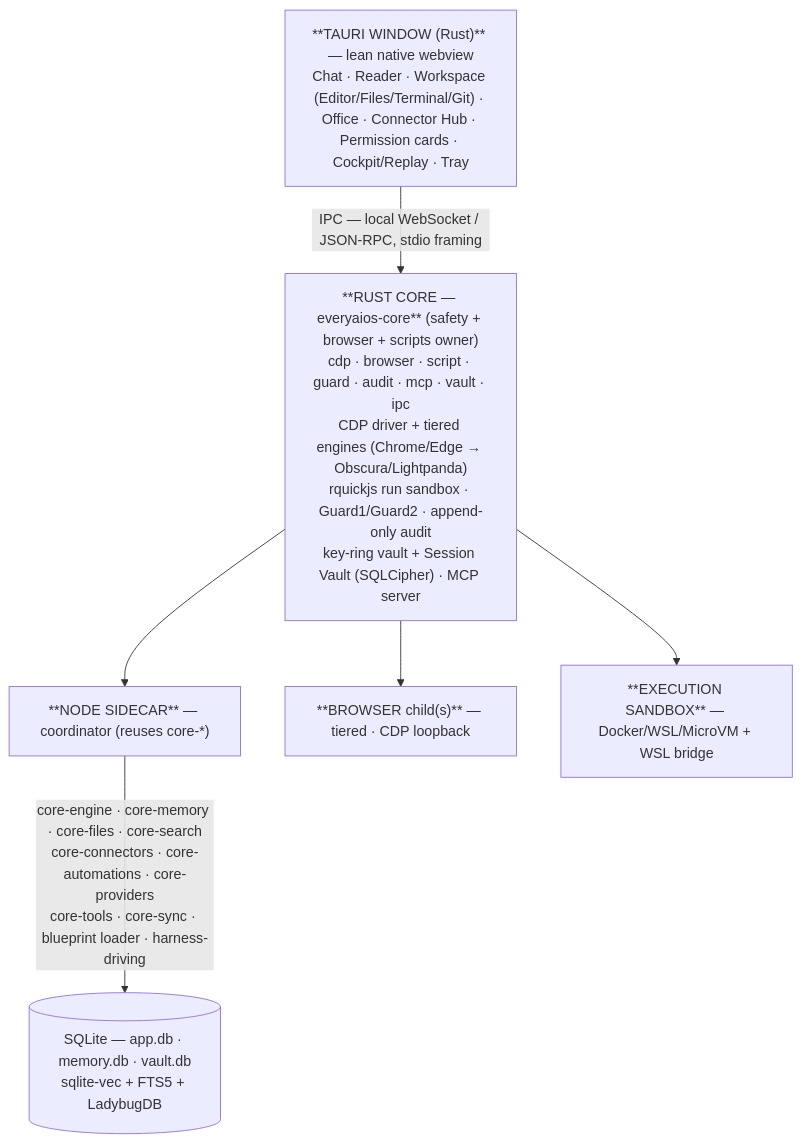
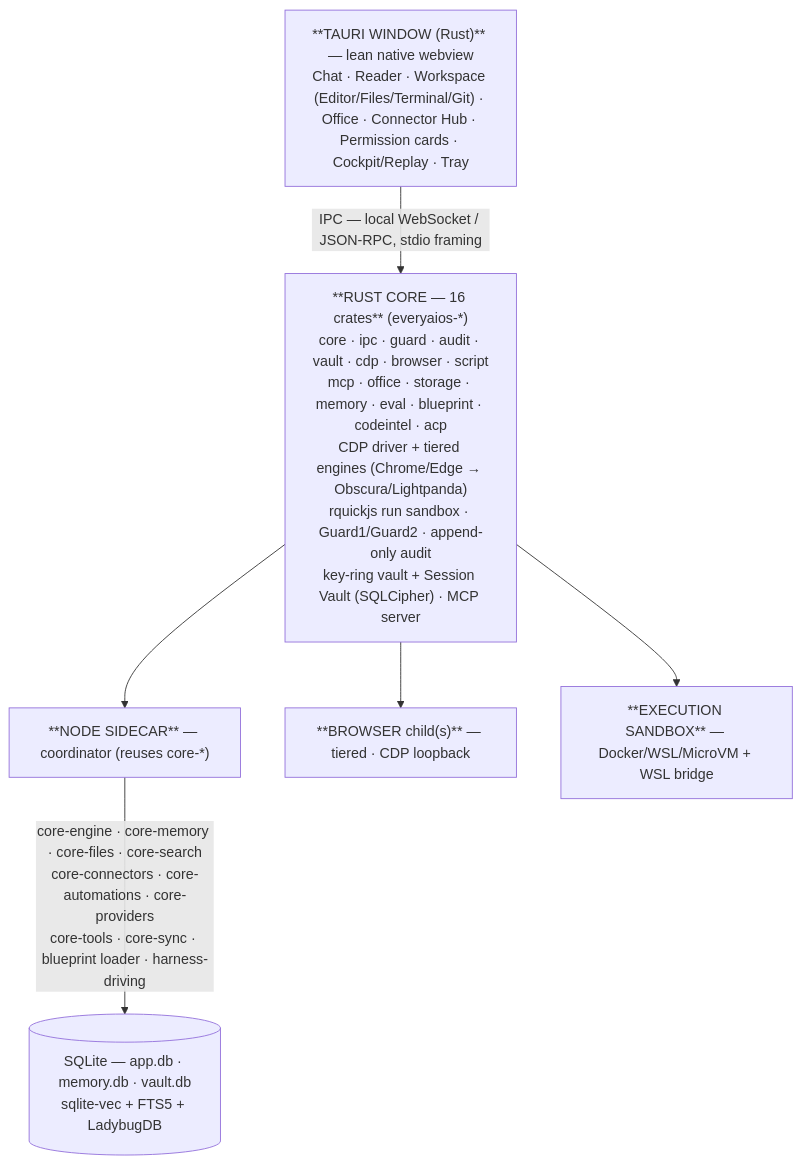
One commit to sarv-projects/EveryAIOS changed the first of 9 diagrams in DESKTOP-APP-SPEC.md. Above: the diagram before and after it, drawn with Mermaid. The commit also changed other lines of this file and 4 other files, not shown here.

First line of the commit message:
B9 Custom Agent Builder + full architecture finalization (149 rows, 16 crates)

````diff
--- a/DESKTOP-APP-SPEC.md
+++ b/DESKTOP-APP-SPEC.md
@@ -389,14 +390,14 @@
 ```mermaid
 flowchart TD
     UI["**TAURI WINDOW (Rust)** — lean native webview<br/>Chat · Reader · Workspace (Editor/Files/Terminal/Git) · Office · Connector Hub · Permission cards · Cockpit/Replay · Tray"]
-    CORE["**RUST CORE — everyaios-core** (safety + browser + scripts owner)<br/>cdp · browser · script · guard · audit · mcp · vault · ipc<br/>CDP driver + tiered engines (Chrome/Edge → Obscura/Lightpanda)<br/>rquickjs run sandbox · Guard1/Guard2 · append-only audit<br/>key-ring vault + Session Vault (SQLCipher) · MCP server"]
+    CORE["**RUST CORE — 16 crates** (everyaios-*)<br/>core · ipc · guard · audit · vault · cdp · browser · script<br/>mcp · office · storage · memory · eval · blueprint · codeintel · acp<br/>CDP driver + tiered engines (Chrome/Edge → Obscura/Lightpanda)<br/>rquickjs run sandbox · Guard1/Guard2 · append-only audit<br/>key-ring vault + Session Vault (SQLCipher) · MCP server"]
     SIDE["**NODE SIDECAR** — coordinator (reuses core-*)"]
     BROWSER["**BROWSER child(s)** — tiered · CDP loopback"]
     SANDBOX["**EXECUTION SANDBOX** — Docker/WSL/MicroVM + WSL bridge"]
     DB[("SQLite — app.db · memory.db · vault.db<br/>sqlite-vec + FTS5 + LadybugDB")]
     UI -->|"IPC — local WebSocket / JSON-RPC, stdio framing"| CORE
     CORE --> SIDE
     CORE --> BROWSER
     CORE --> SANDBOX
     SIDE -->|"core-engine · core-memory · core-files · core-search<br/>core-connectors · core-automations · core-providers<br/>core-tools · core-sync · blueprint loader · harness-driving"| DB
 ```
````
